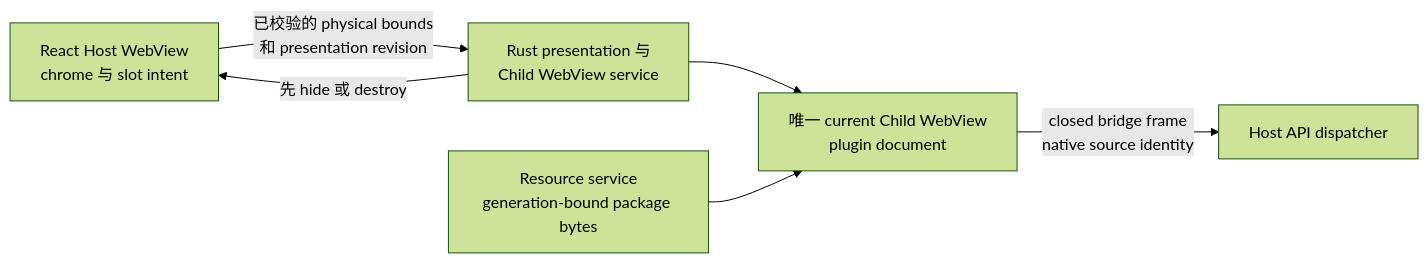
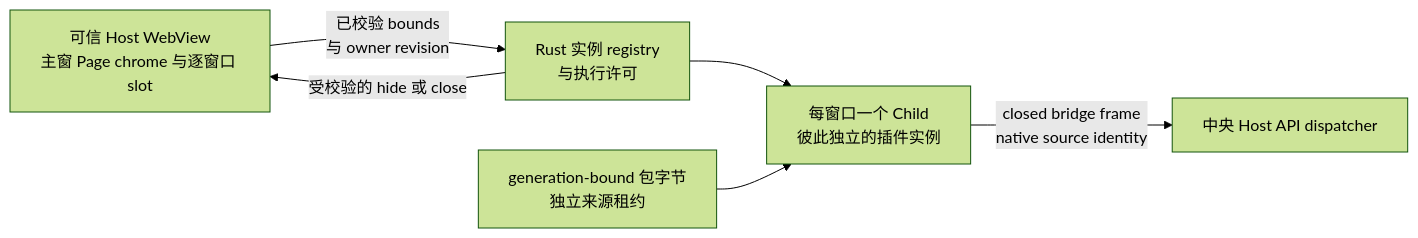
The first of 2 diagrams in docs/zh/architecture/plugin-child-webview-runtime.md (dizzrt/lensx), drawn with Mermaid (forest theme) before and after one commit. The commit also changed other lines of this file and 174 other files, not shown here.

````diff
--- a/docs/zh/architecture/plugin-child-webview-runtime.md
+++ b/docs/zh/architecture/plugin-child-webview-runtime.md
@@ -18,8 +18,8 @@
 ```mermaid
 flowchart LR
-  A["React Host WebView<br/>chrome 与 slot intent"] -->|"已校验的 physical bounds<br/>和 presentation revision"| B["Rust presentation 与<br/>Child WebView service"]
-  B --> C["唯一 current Child WebView<br/>plugin document"]
-  D["Resource service<br/>generation-bound package bytes"] --> C
-  C -->|"closed bridge frame<br/>native source identity"| E["Host API dispatcher"]
-  B -->|"先 hide 或 destroy"| A
+  A["可信 Host WebView<br/>主窗 Page chrome 与逐窗口 slot"] -->|"已校验 bounds<br/>与 owner revision"| B["Rust 实例 registry<br/>与执行许可"]
+  B --> C["每窗口一个 Child<br/>彼此独立的插件实例"]
+  D["generation-bound 包字节<br/>独立来源租约"] --> C
+  C -->|"closed bridge frame<br/>native source identity"| E["中央 Host API dispatcher"]
+  B -->|"受校验的 hide 或 close"| A
 ```
````
